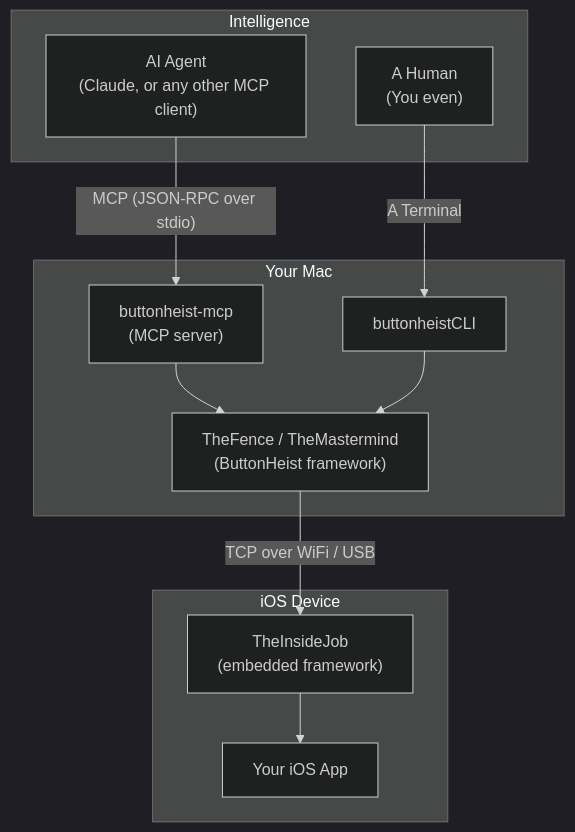
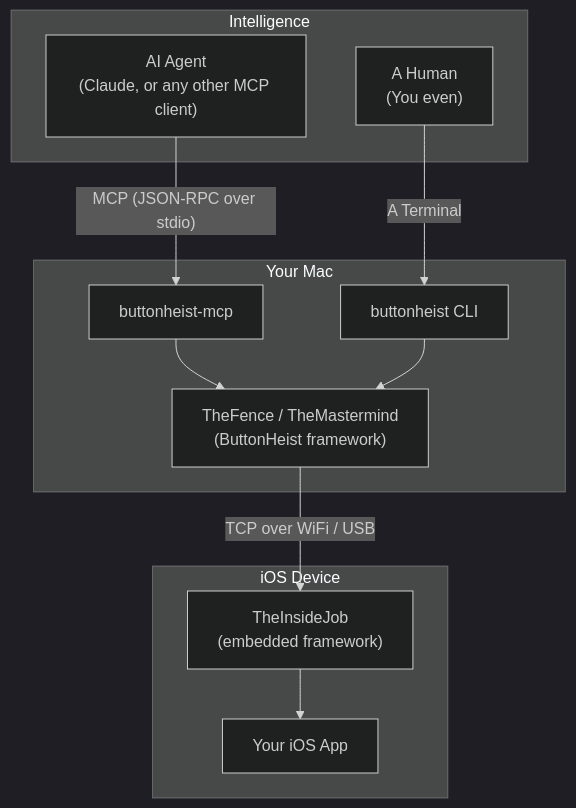
The diagram in README.md (RoyalPineapple/TheButtonHeist), drawn with Mermaid (dark theme) before and after one commit.

Commit message:
Fix formatting of MCP and CLI in README

````diff
--- a/README.md
+++ b/README.md
@@ -55,34 +55,34 @@
 ```mermaid
 %% If you can read this, the diagram isn't rendering. Try github.com in a browser.
 graph TD
     AI["AI Agent<br/>(Claude, or any other MCP client)"]
     HUMAN["A Human<br/> (You even)"]
-    MCP["buttonheist-mcp<br/>(MCP server)"]
-    CLI["buttonheistCLI"]
+    MCP["buttonheist-mcp"]
+    CLI["buttonheist CLI"]
     Client["TheFence / TheMastermind<br/>(ButtonHeist framework)"]
     IJ["TheInsideJob<br/>(embedded framework)"]
     App["Your iOS App"]
 
     AI -->|"MCP (JSON-RPC over stdio)"| MCP
     MCP --> Client
     HUMAN -->|"A Terminal"| CLI
     CLI --> Client
     Client -->|"TCP over WiFi / USB"| IJ
     IJ --> App
 
     subgraph Intelligence["Intelligence"]
         HUMAN
         AI
     end
 
     subgraph Mac["Your Mac"]
         MCP
         CLI
         Client
     end
 
     subgraph Device["iOS Device"]
         IJ
         App
     end
 ```
````
